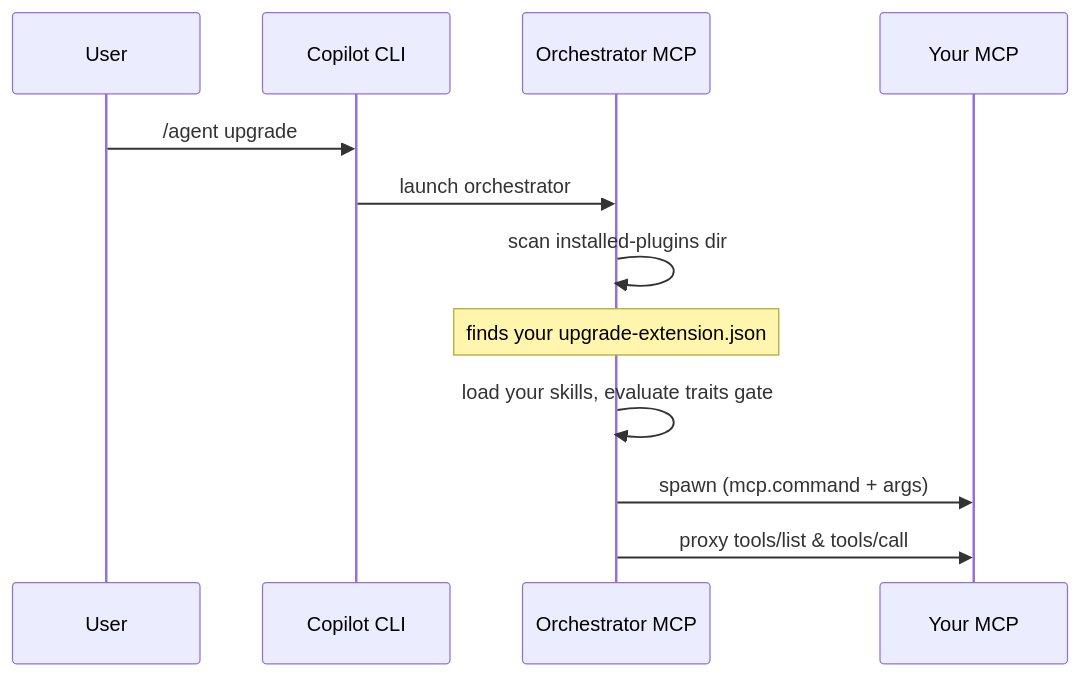
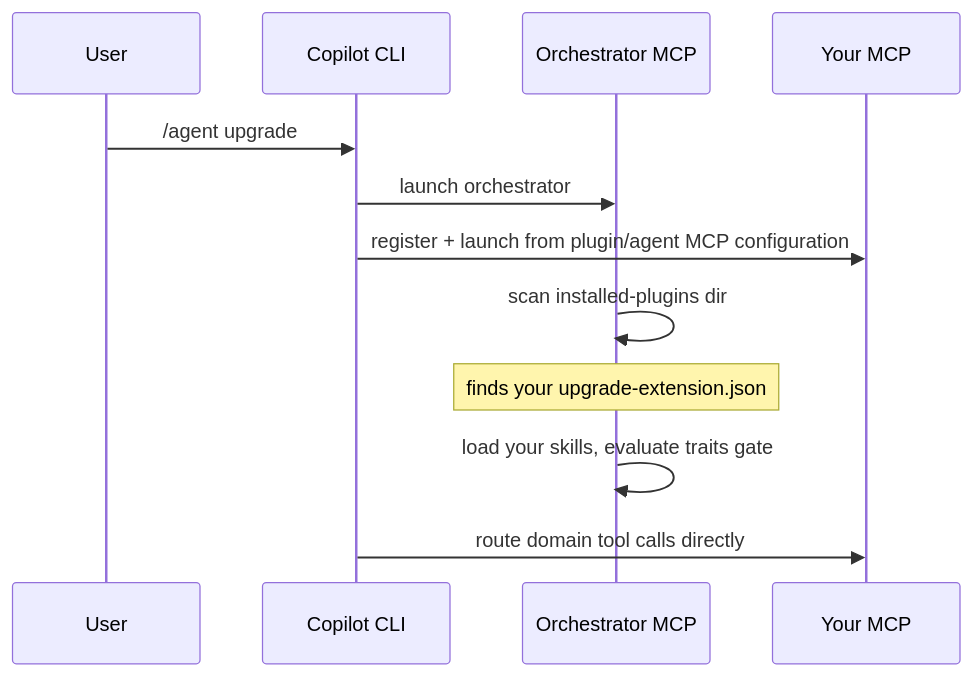
Before and after one commit to microsoft/upgrade-agent-samples: the diagram in docs/02-copilot-cli-plugin.md, drawn with Mermaid. The commit also changed other lines of this file and 14 other files, not shown here.

First line of the commit message:
Clarify host-specific MCP configuration for Upgrade extenders (#8)

````diff
--- a/docs/02-copilot-cli-plugin.md
+++ b/docs/02-copilot-cli-plugin.md
@@ -75,15 +154,15 @@
 ```mermaid
 sequenceDiagram
     participant User
     participant CLI as Copilot CLI
     participant ORCH as Orchestrator MCP
     participant EXT as Your MCP
 
     User->>CLI: /agent upgrade
     CLI->>ORCH: launch orchestrator
+    CLI->>EXT: register + launch from plugin/agent MCP configuration
     ORCH->>ORCH: scan installed-plugins dir
     Note over ORCH: finds your upgrade-extension.json
     ORCH->>ORCH: load your skills, evaluate traits gate
-    ORCH->>EXT: spawn (mcp.command + args)
-    ORCH->>EXT: proxy tools/list & tools/call
+    CLI->>EXT: route domain tool calls directly
 ```
````
